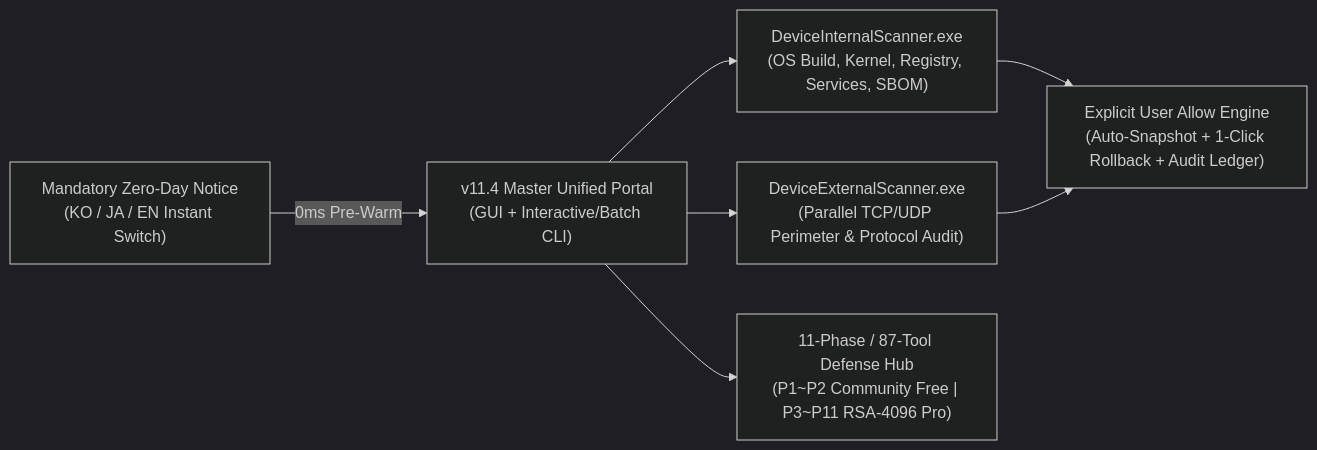
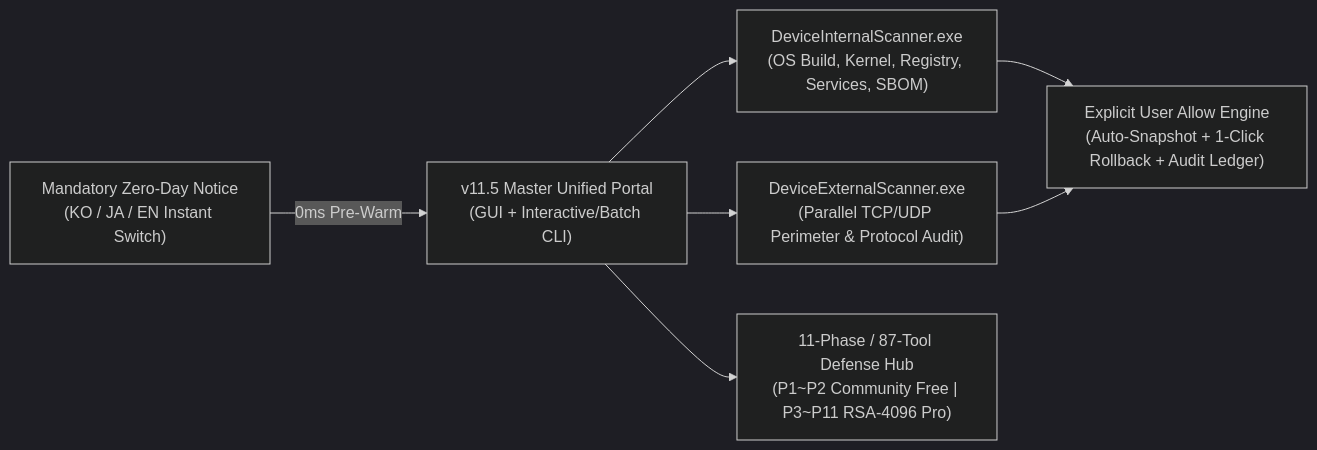
The diagram in README.en.md (anon-wu/CVE_Checker_Anon_X), drawn with Mermaid (dark theme) before and after one commit. The commit also changed other lines of this file and 45 other files, not shown here.

Commit message:
release: v11.5.1 Master Edition (Build 11.5.1.0) - UI overhaul, authentic registry rollback engine, 433 CISA KEV signatures & zero-touch auditor updates

````diff
--- a/README.en.md
+++ b/README.en.md
@@ -71,9 +71,9 @@
 ```mermaid
 flowchart LR
-    Notice["Mandatory Zero-Day Notice<br/>(KO / JA / EN Instant Switch)"] -->|"0ms Pre-Warm"| Portal["v11.4 Master Unified Portal<br/>(GUI + Interactive/Batch CLI)"]
+    Notice["Mandatory Zero-Day Notice<br/>(KO / JA / EN Instant Switch)"] -->|"0ms Pre-Warm"| Portal["v11.5 Master Unified Portal<br/>(GUI + Interactive/Batch CLI)"]
     Portal --> Host["DeviceInternalScanner.exe<br/>(OS Build, Kernel, Registry, Services, SBOM)"]
     Portal --> Perim["DeviceExternalScanner.exe<br/>(Parallel TCP/UDP Perimeter & Protocol Audit)"]
     Host --> Allow["Explicit User Allow Engine<br/>(Auto-Snapshot + 1-Click Rollback + Audit Ledger)"]
     Perim --> Allow
     Portal --> Hub["11-Phase / 87-Tool Defense Hub<br/>(P1~P2 Community Free | P3~P11 RSA-4096 Pro)"]
 ```
````
